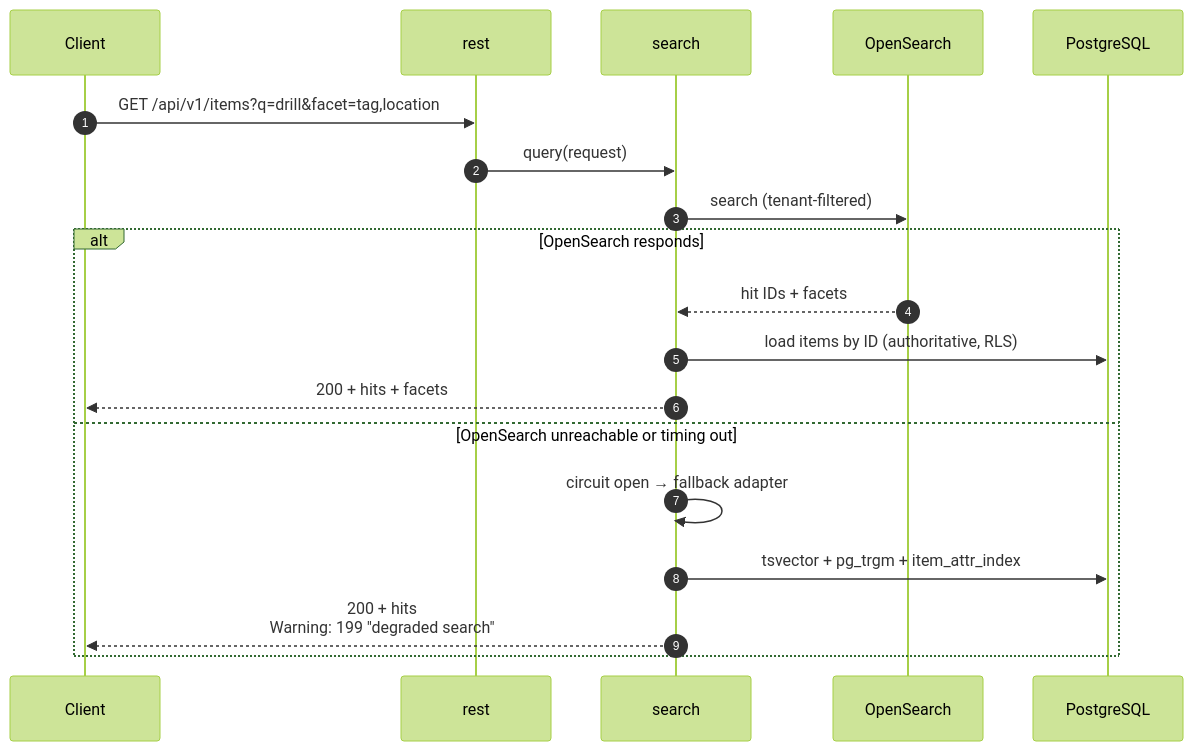
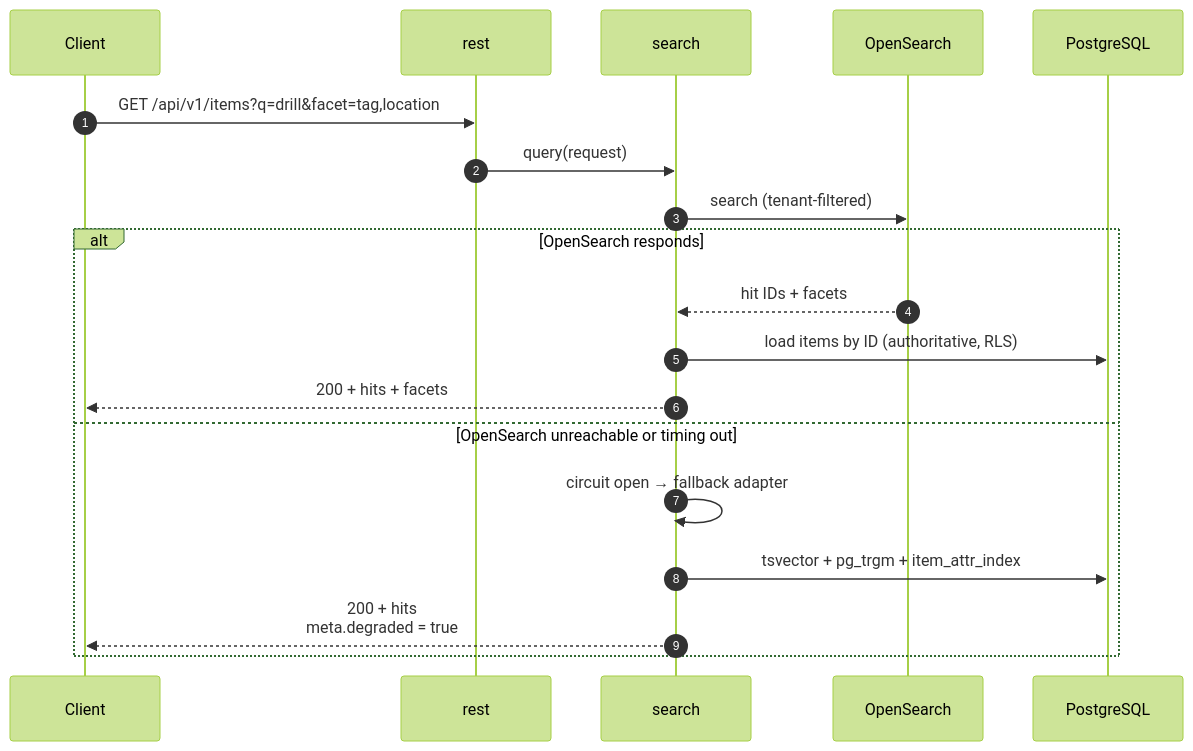
The sixth of 10 diagrams in docs/architecture/05-runtime-view.md (greluc/Home-Inventory), drawn with Mermaid (forest theme) before and after one commit. The commit also changed other lines of this file and 45 other files, not shown here.

First line of the commit message:
docs: close six defects found by testing the architecture's own claims

````diff
--- a/docs/architecture/05-runtime-view.md
+++ b/docs/architecture/05-runtime-view.md
@@ -220,22 +220,22 @@
 ```mermaid
 sequenceDiagram
     autonumber
     participant C as Client
     participant R as rest
     participant S as search
     participant OS as OpenSearch
     participant PG as PostgreSQL
 
     C->>R: GET /api/v1/items?q=drill&facet=tag,location
     R->>S: query(request)
     S->>OS: search (tenant-filtered)
     alt OpenSearch responds
         OS-->>S: hit IDs + facets
         S->>PG: load items by ID (authoritative, RLS)
         S-->>C: 200 + hits + facets
     else OpenSearch unreachable or timing out
         S->>S: circuit open → fallback adapter
         S->>PG: tsvector + pg_trgm + item_attr_index
-        S-->>C: 200 + hits<br/>Warning: 199 "degraded search"
+        S-->>C: 200 + hits<br/>meta.degraded = true
     end
 ```
````
